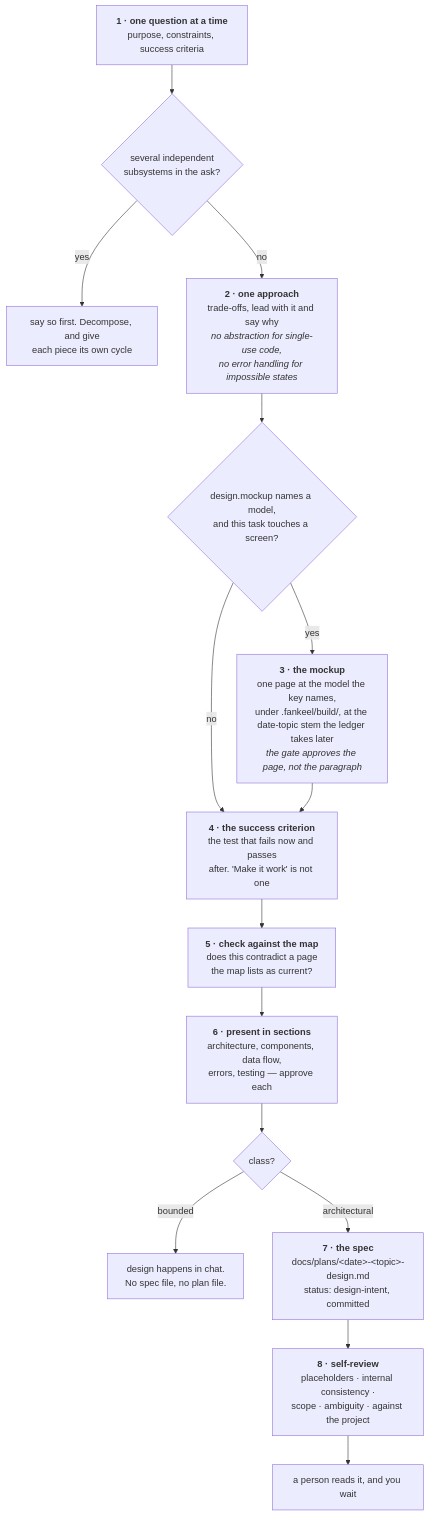
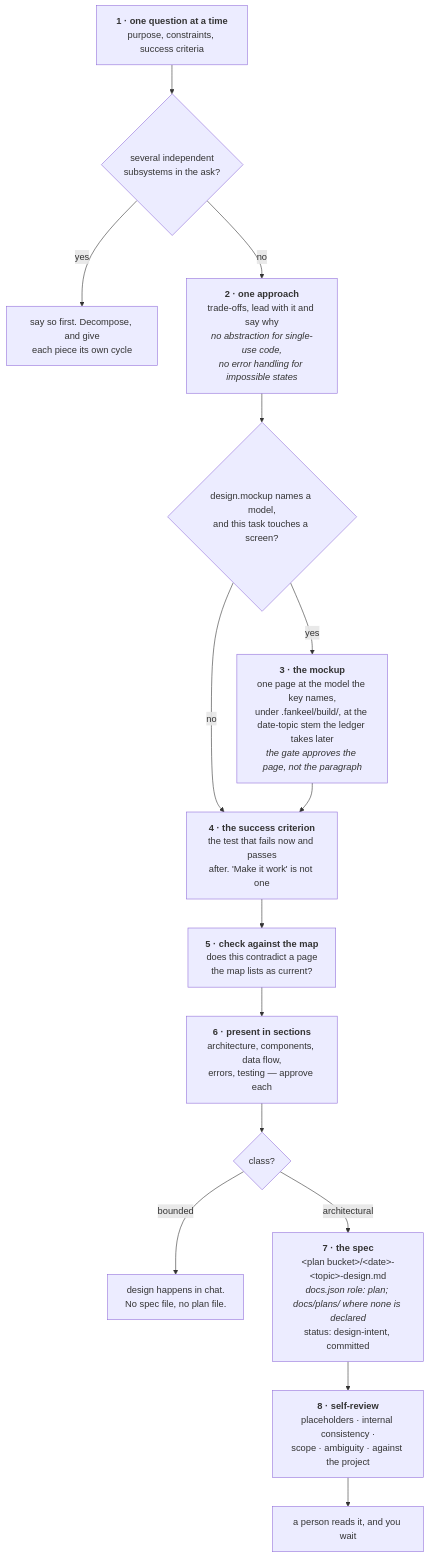
Before and after one commit to FanFantom9452/FanKeel: the second of 8 diagrams in docs/02-architecture/pipeline.md, drawn with Mermaid. The commit also changed other lines of this file and 12 other files, not shown here.

````diff
--- a/docs/02-architecture/pipeline.md
+++ b/docs/02-architecture/pipeline.md
@@ -471,30 +472,30 @@
 ```mermaid
 flowchart TD
     A["<b>1 · one question at a time</b><br/>purpose, constraints, success criteria"]
     A0{"several independent<br/>subsystems in the ask?"}
     A1["say so first. Decompose, and give<br/>each piece its own cycle"]
     B["<b>2 · one approach</b><br/>trade-offs, lead with it and say why<br/><i>no abstraction for single-use code,<br/>no error handling for impossible states</i>"]
     B0{"design.mockup names a model,<br/>and this task touches a screen?"}
     B1["<b>3 · the mockup</b><br/>one page at the model the key names,<br/>under .fankeel/build/, at the date-topic stem the ledger takes later<br/><i>the gate approves the page, not the paragraph</i>"]
     C["<b>4 · the success criterion</b><br/>the test that fails now and passes<br/>after. 'Make it work' is not one"]
     D["<b>5 · check against the map</b><br/>does this contradict a page<br/>the map lists as current?"]
     E["<b>6 · present in sections</b><br/>architecture, components, data flow,<br/>errors, testing — approve each"]
     F{"class?"}
     J["design happens in chat.<br/>No spec file, no plan file."]
-    G["<b>7 · the spec</b><br/>docs/plans/&lt;date&gt;-&lt;topic&gt;-design.md<br/>status: design-intent, committed"]
+    G["<b>7 · the spec</b><br/>&lt;plan bucket&gt;/&lt;date&gt;-&lt;topic&gt;-design.md<br/><i>docs.json role: plan; docs/plans/ where none is declared</i><br/>status: design-intent, committed"]
     H["<b>8 · self-review</b><br/>placeholders · internal consistency ·<br/>scope · ambiguity · against the project"]
     I["a person reads it, and you wait"]
 
     A --> A0
     A0 -- yes --> A1
     A0 -- no --> B
     B --> B0
     B0 -- no --> C
     B0 -- yes --> B1
     B1 --> C
     C --> D --> E --> F
     F -- "bounded" --> J
     F -- "architectural" --> G
     G --> H
     H --> I
 ```
````
